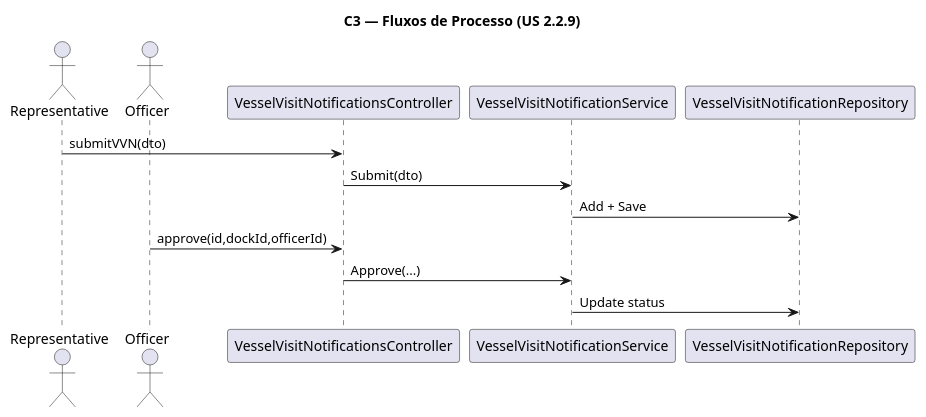
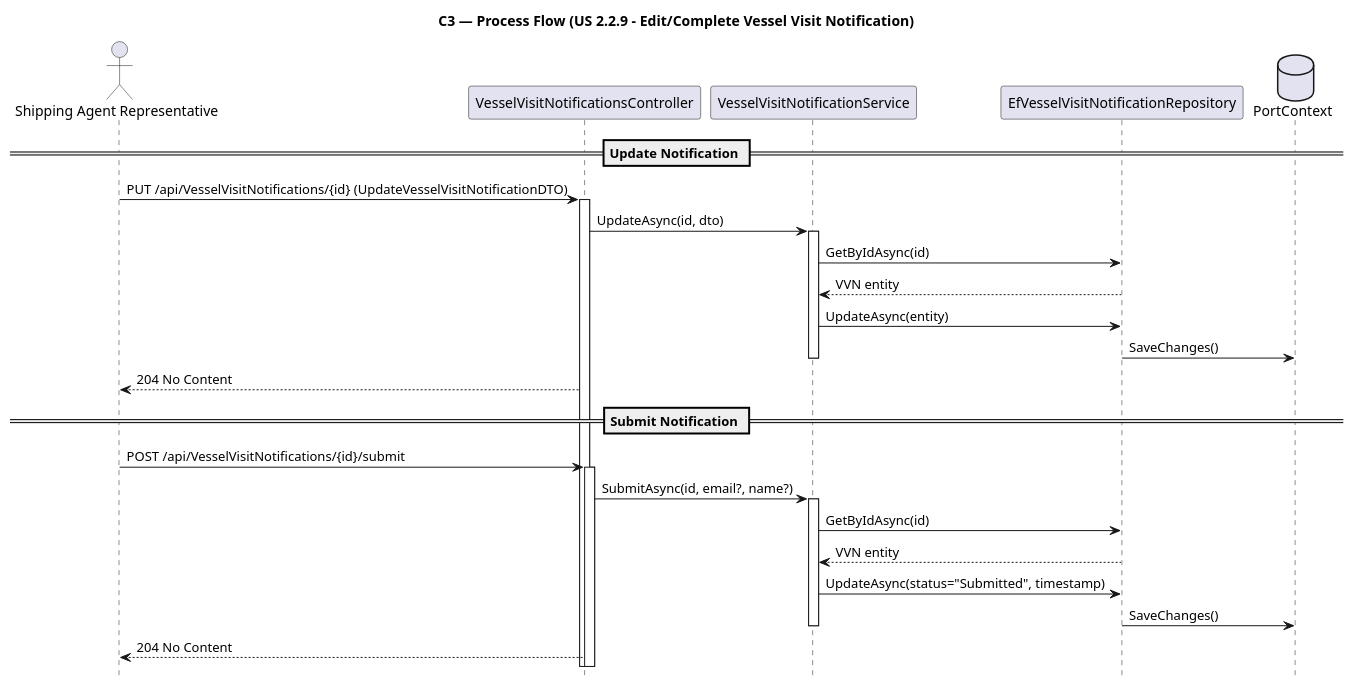
The diagram in Docs/Sprint A/US 2.2.9/Modelo C4/C3_Processos.puml (Departamento-de-Engenharia-Informatica/LEI-SEM5-PI-2025-26-3DM-03), drawn with PlantUML before and after one commit. The commit also changed other lines of this file and 12 other files, not shown here.

Commit message:
Refactor UML diagrams for Vessel Visit Notifications #10

```diff
--- a/Docs/Sprint A/US 2.2.9/Modelo C4/C3_Processos.puml
+++ b/Docs/Sprint A/US 2.2.9/Modelo C4/C3_Processos.puml
@@ -2,15 +1,35 @@
 @startuml C3_Processos
-title C3 — Fluxos de Processo (US 2.2.9)
+title C3 — Process Flow (US 2.2.9 – Edit/Complete Vessel Visit Notification)
+hide footbox
 
-actor Representative
-actor Officer
+actor "Shipping Agent Representative" as Rep
+participant "VesselVisitNotificationsController" as Controller
+participant "VesselVisitNotificationService" as Service
+participant "EfVesselVisitNotificationRepository" as Repo
+database "PortContext" as Db
 
-Representative -> VesselVisitNotificationsController : submitVVN(dto)
-VesselVisitNotificationsController -> VesselVisitNotificationService : Submit(dto)
-VesselVisitNotificationService -> VesselVisitNotificationRepository : Add + Save
+== Update Notification ==
+Rep -> Controller : PUT /api/VesselVisitNotifications/{id} (UpdateVesselVisitNotificationDTO)
+activate Controller
+Controller -> Service : UpdateAsync(id, dto)
+activate Service
+Service -> Repo : GetByIdAsync(id)
+Repo --> Service : VVN entity
+Service -> Repo : UpdateAsync(entity)
+Repo -> Db : SaveChanges()
+deactivate Service
+Controller --> Rep : 204 No Content
 
-Officer -> VesselVisitNotificationsController : approve(id,dockId,officerId)
-VesselVisitNotificationsController -> VesselVisitNotificationService : Approve(...)
-VesselVisitNotificationService -> VesselVisitNotificationRepository : Update status
+== Submit Notification ==
+Rep -> Controller : POST /api/VesselVisitNotifications/{id}/submit
+activate Controller
+Controller -> Service : SubmitAsync(id, email?, name?)
+activate Service
+Service -> Repo : GetByIdAsync(id)
+Repo --> Service : VVN entity
+Service -> Repo : UpdateAsync(status="Submitted", timestamp)
+Repo -> Db : SaveChanges()
+deactivate Service
+Controller --> Rep : 204 No Content
 
 @enduml
```
